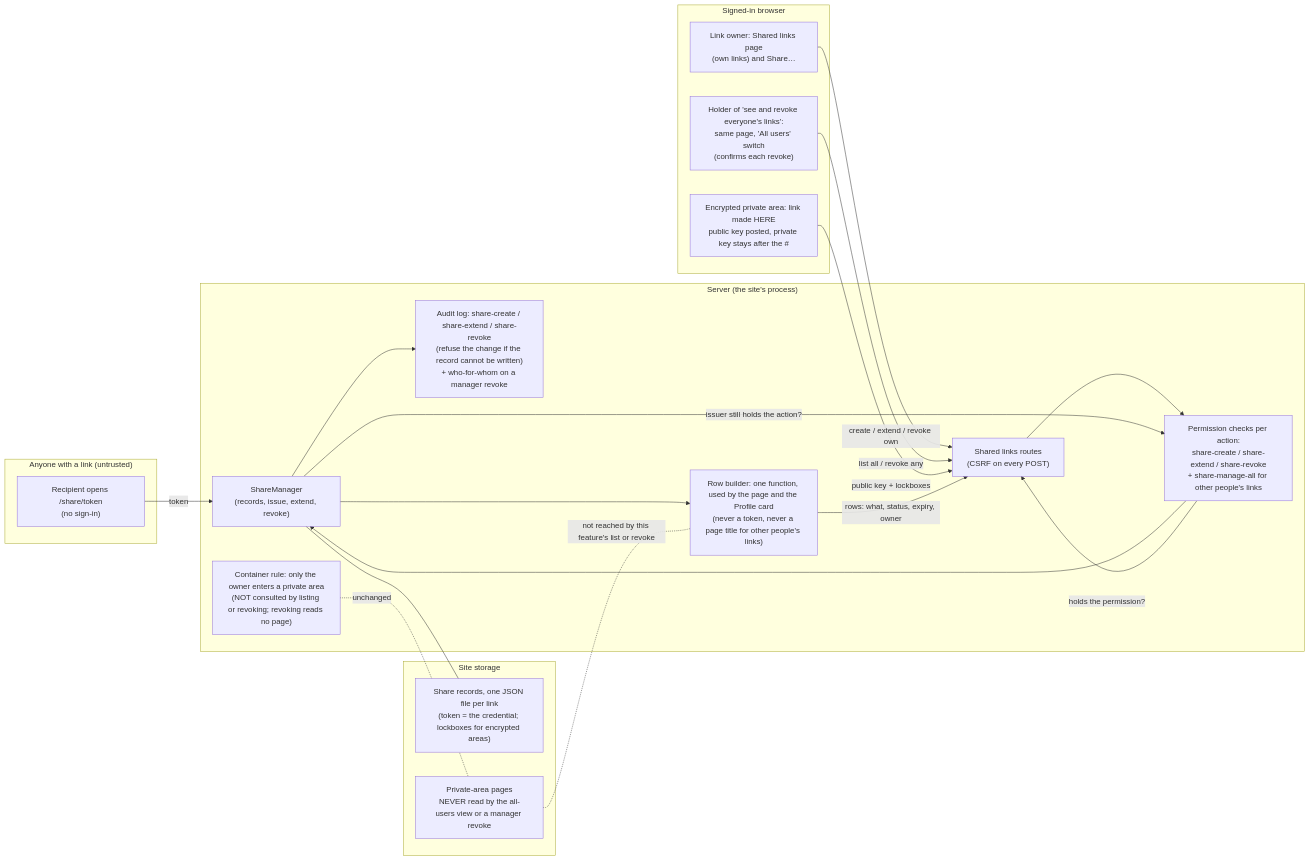
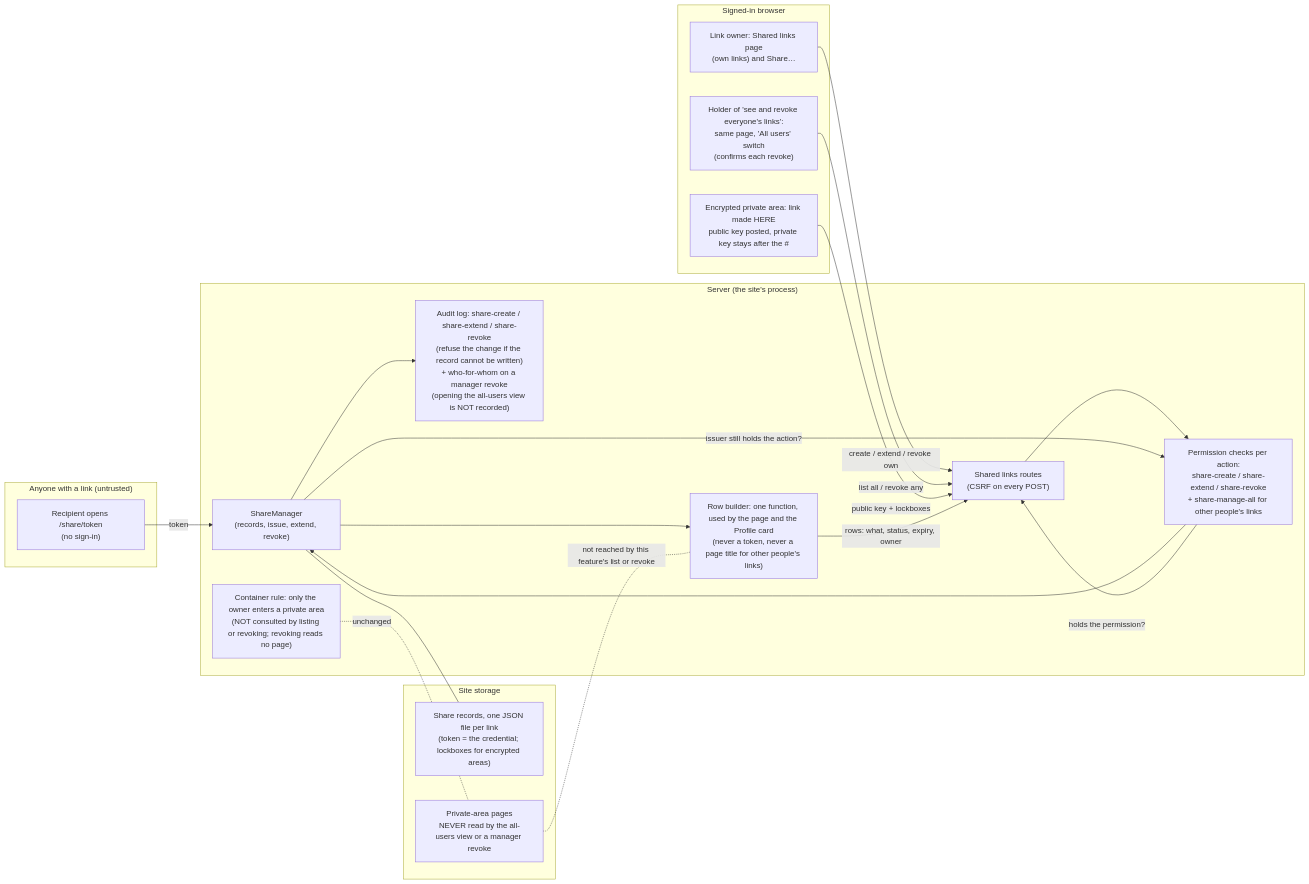
The diagram in docs/design/shared-links.md (jwilleke/ngdpbase), drawn with Mermaid before and after one commit. The commit also changed other lines of this file, not shown here.

First line of the commit message:
docs(design): record Jim's answers A-F on shared links (#2247)

````diff
--- a/docs/design/shared-links.md
+++ b/docs/design/shared-links.md
@@ -61,39 +72,39 @@
 ```mermaid
 flowchart LR
   subgraph PUB["Anyone with a link (untrusted)"]
     REC["Recipient opens /share/token<br/>(no sign-in)"]
   end
 
   subgraph BROWSER["Signed-in browser"]
     OWN["Link owner: Shared links page<br/>(own links) and Share…"]
     MGR["Holder of 'see and revoke everyone's links':<br/>same page, 'All users' switch<br/>(confirms each revoke)"]
     ENC["Encrypted private area: link made HERE<br/>public key posted, private key stays after the #"]
   end
 
   subgraph SERVER["Server (the site's process)"]
     ROUTES["Shared links routes<br/>(CSRF on every POST)"]
     CHECK["Permission checks per action:<br/>share-create / share-extend / share-revoke<br/>+ share-manage-all for other people's links"]
     ROWS["Row builder: one function, used by the page and the Profile card<br/>(never a token, never a page title for other people's links)"]
     SM["ShareManager<br/>(records, issue, extend, revoke)"]
-    AUD["Audit log: share-create / share-extend / share-revoke<br/>(refuse the change if the record cannot be written)<br/>+ who-for-whom on a manager revoke"]
+    AUD["Audit log: share-create / share-extend / share-revoke<br/>(refuse the change if the record cannot be written)<br/>+ who-for-whom on a manager revoke<br/>(opening the all-users view is NOT recorded)"]
     DOOR["Container rule: only the owner enters a private area<br/>(NOT consulted by listing or revoking; revoking reads no page)"]
   end
 
   subgraph STORE["Site storage"]
     REG["Share records, one JSON file per link<br/>(token = the credential; lockboxes for encrypted areas)"]
     VAULT["Private-area pages<br/>NEVER read by the all-users view or a manager revoke"]
   end
 
   OWN -->|"create / extend / revoke own"| ROUTES
   MGR -->|"list all / revoke any"| ROUTES
   ENC -->|"public key + lockboxes"| ROUTES
   ROUTES --> CHECK --> SM
   CHECK -->|"holds the permission?"| ROUTES
   SM --> AUD
   SM --- REG
   SM --> ROWS -->|"rows: what, status, expiry, owner"| ROUTES
   REC -->|"token"| SM
   SM -->|"issuer still holds the action?"| CHECK
   VAULT -. "not reached by this feature's list or revoke" .- ROWS
   DOOR -. "unchanged" .- VAULT
 ```
````
